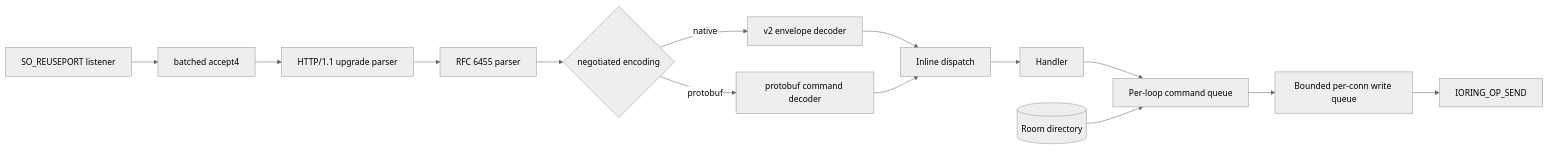
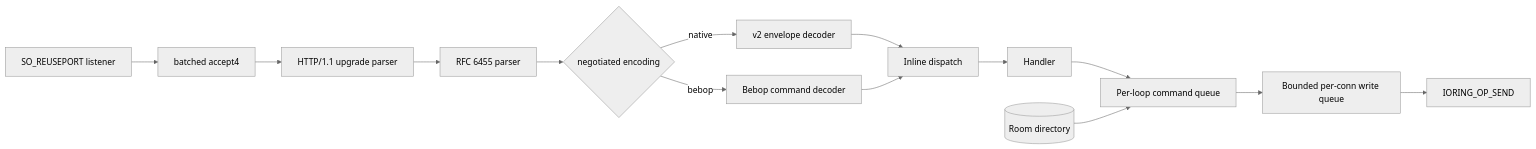
Before and after one commit to encryptedbusiness/encryl: the diagram in docs/architecture.md, drawn with Mermaid (neutral theme). The commit also changed other lines of this file and 86 other files, not shown here.

Commit message:
replaced protobuf with bebop

````diff
--- a/docs/architecture.md
+++ b/docs/architecture.md
@@ -49,16 +49,16 @@
 ```mermaid
 flowchart LR
     listener[SO_REUSEPORT listener] --> accept[batched accept4]
     accept --> upgrade[HTTP/1.1 upgrade parser]
     upgrade --> ws[RFC 6455 parser]
     ws --> codec{negotiated encoding}
     codec -->|native| env[v2 envelope decoder]
-    codec -->|protobuf| pbc[protobuf command decoder]
+    codec -->|bebop| bbc[Bebop command decoder]
     env --> dispatch[Inline dispatch]
-    pbc --> dispatch
+    bbc --> dispatch
     dispatch --> handler[Handler]
     handler --> commands[Per-loop command queue]
     commands --> queue[Bounded per-conn write queue]
     queue --> send[IORING_OP_SEND]
     rooms[(Room directory)] --> commands
 ```
````
